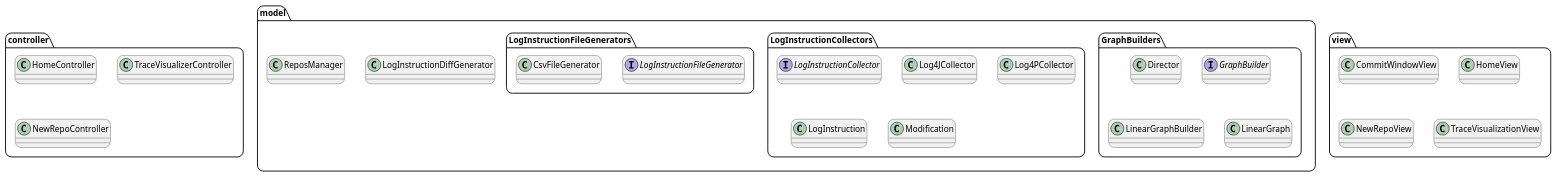
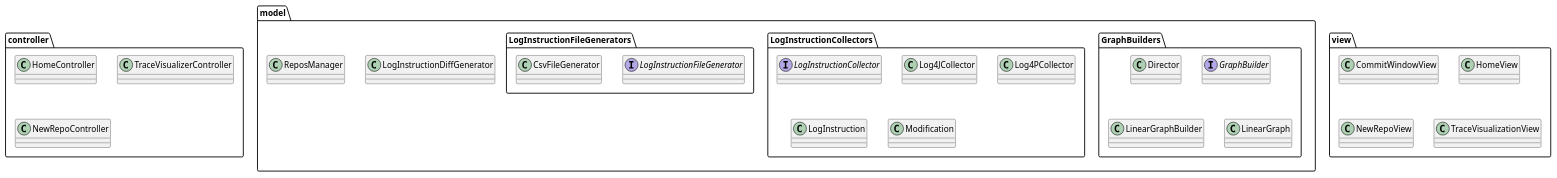
Before and after one commit to woofi7/Outil-de-visualisation-evolution-des-traces-execution: the second of 8 diagrams in doc/classe.puml, drawn with PlantUML. The commit also changed other lines of this file, not shown here.

```diff
--- a/doc/classe.puml
+++ b/doc/classe.puml
@@ -1,43 +120,39 @@
 @startuml packageView
-
-skinparam defaultfontname Verdana
-skinparam RoundCorner 20
-skinparam linetype ortho
 
 package controller {
     class HomeController
     class TraceVisualizerController
     class NewRepoController
 }
 
 package model {
 
     class LogInstructionDiffGenerator
     class ReposManager
     package GraphBuilders{
         class Director
         interface GraphBuilder
         class LinearGraphBuilder
         class LinearGraph
     }
     package LogInstructionCollectors{
         interface LogInstructionCollector
         class Log4JCollector
         class Log4PCollector
         class LogInstruction
         class Modification
     }
 
     package LogInstructionFileGenerators{
         interface LogInstructionFileGenerator
         class CsvFileGenerator
     }
 }
 
 package view {
     class CommitWindowView
     class HomeView
     class NewRepoView
     class TraceVisualizationView
 }
 @enduml
```
